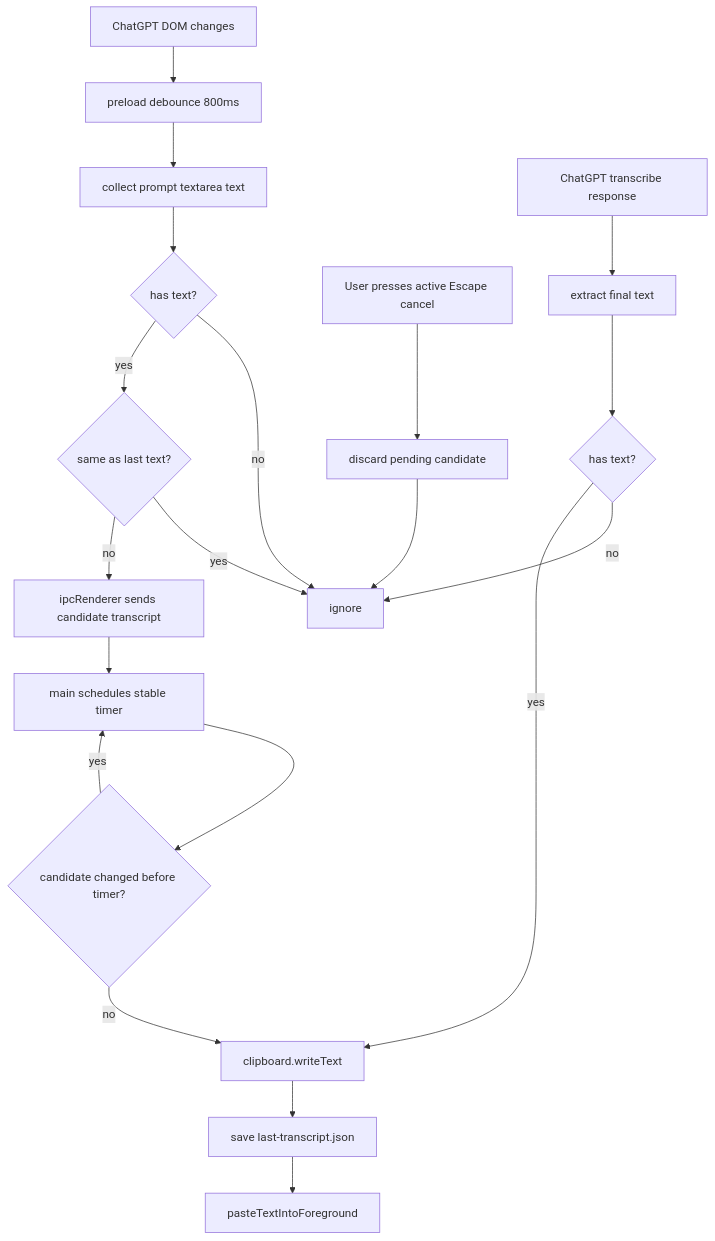
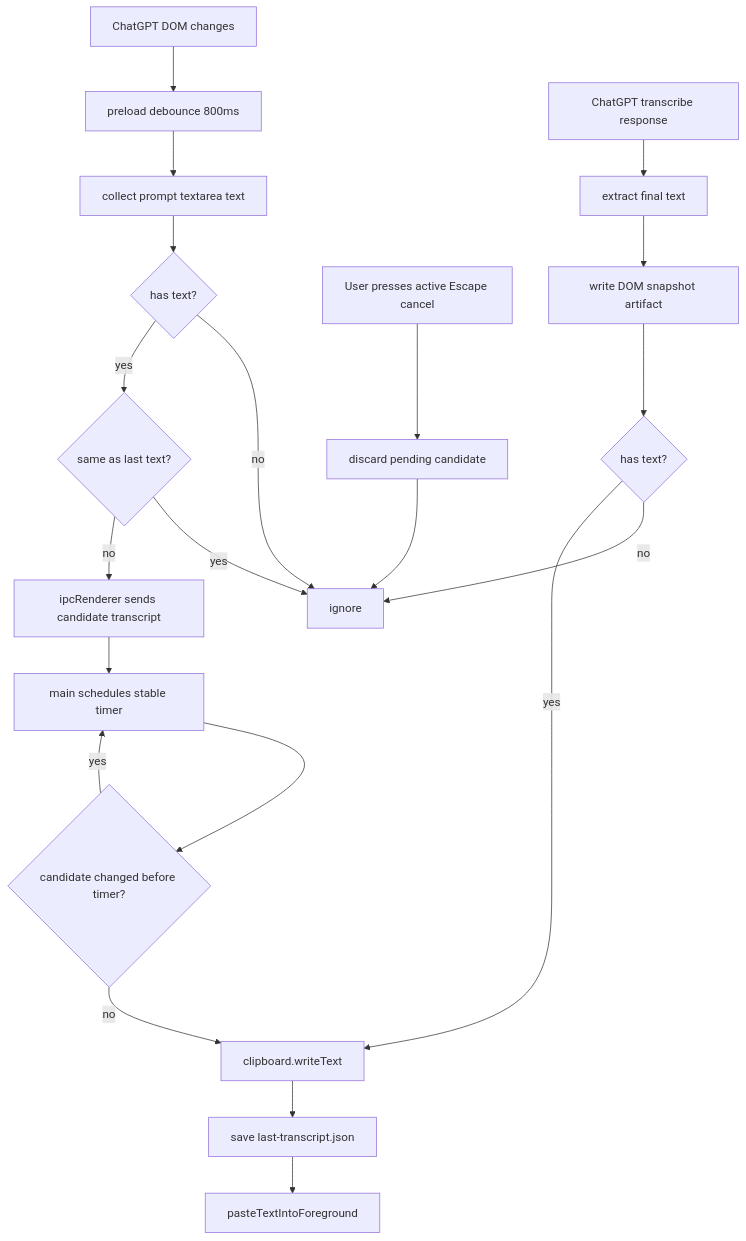
Before and after one commit to AKAazure/Dandelion: the first of 2 diagrams in .doc/modules/transcript-pipeline.md, drawn with Mermaid. The commit also changed other lines of this file and 33 other files, not shown here.

````diff
--- a/.doc/modules/transcript-pipeline.md
+++ b/.doc/modules/transcript-pipeline.md
@@ -58,22 +65,23 @@
 ```mermaid
 flowchart TD
   A[ChatGPT DOM changes] --> B[preload debounce 800ms]
   B --> C[collect prompt textarea text]
   C --> D{has text?}
   D -- no --> E[ignore]
   D -- yes --> F{same as last text?}
   F -- yes --> E
   F -- no --> G[ipcRenderer sends candidate transcript]
   G --> H[main schedules stable timer]
   H --> I{candidate changed before timer?}
   I -- yes --> H
   I -- no --> J[clipboard.writeText]
   J --> K[save last-transcript.json]
   K --> L[pasteTextIntoForeground]
   P[User presses active Escape cancel] --> Q[discard pending candidate]
   Q --> E
   M[ChatGPT transcribe response] --> N[extract final text]
-  N --> O{has text?}
+  N --> R[write DOM snapshot artifact]
+  R --> O{has text?}
   O -- no --> E
   O -- yes --> J
 ```
````
